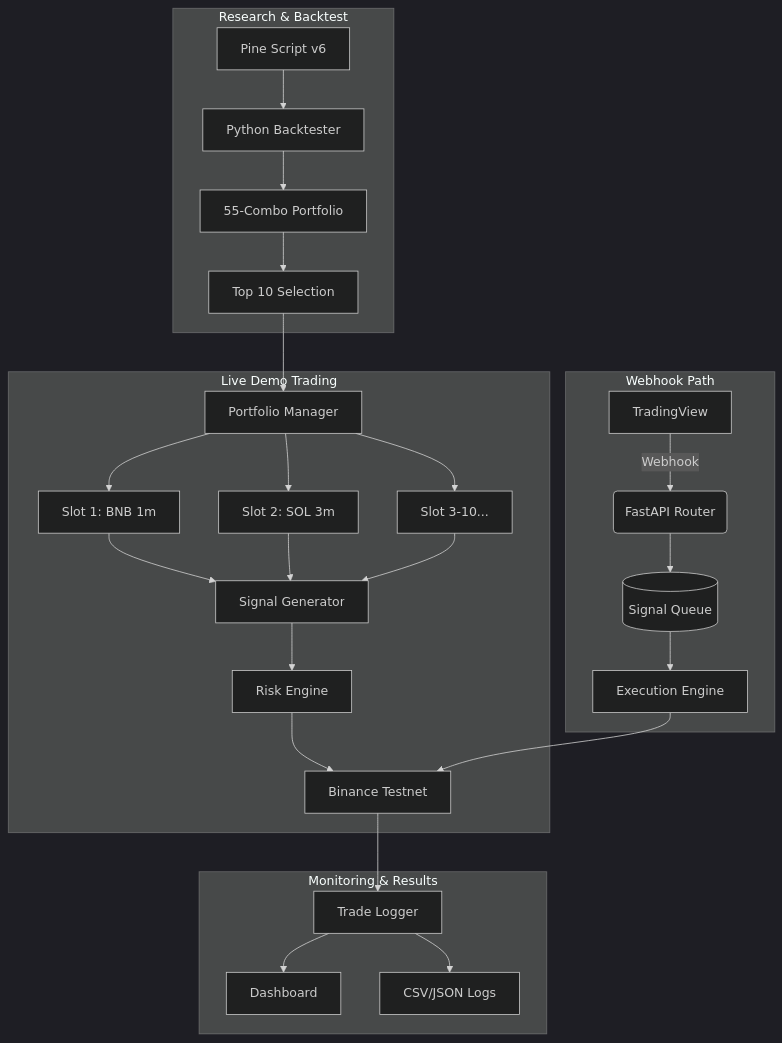
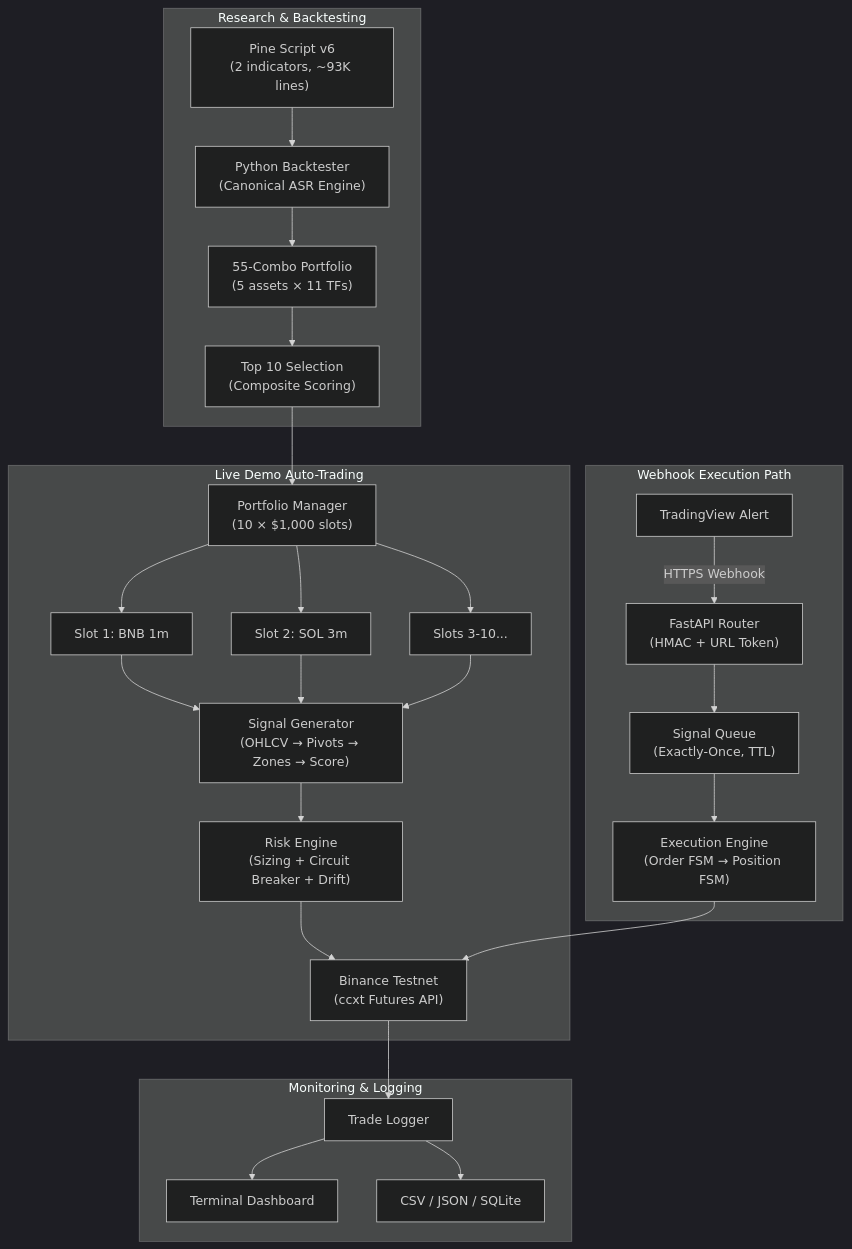
One commit to Arpan01574/ASR-Execution-Engine changed the diagram in README.md. Above: the diagram before and after it, drawn with Mermaid (dark theme). The commit also changed other lines of this file and 8 other files, not shown here.

````diff
--- a/README.md
+++ b/README.md
@@ -63,31 +66,31 @@
 ```mermaid
 flowchart TD
-    subgraph Research ["Research & Backtest"]
-        A[Pine Script v6] --> B[Python Backtester]
-        B --> C[55-Combo Portfolio]
-        C --> D[Top 10 Selection]
+    subgraph Research ["Research & Backtesting"]
+        A["Pine Script v6<br/>(2 indicators, ~93K lines)"] --> B["Python Backtester<br/>(Canonical ASR Engine)"]
+        B --> C["55-Combo Portfolio<br/>(5 assets × 11 TFs)"]
+        C --> D["Top 10 Selection<br/>(Composite Scoring)"]
     end
 
-    subgraph LiveTrading ["Live Demo Trading"]
-        D --> E[Portfolio Manager]
-        E --> F1[Slot 1: BNB 1m]
-        E --> F2[Slot 2: SOL 3m]
-        E --> F3[Slot 3-10...]
-        F1 & F2 & F3 --> G[Signal Generator]
-        G --> H[Risk Engine]
-        H --> I[Binance Testnet]
+    subgraph LiveTrading ["Live Demo Auto-Trading"]
+        D --> E["Portfolio Manager<br/>(10 × $1,000 slots)"]
+        E --> F1["Slot 1: BNB 1m"]
+        E --> F2["Slot 2: SOL 3m"]
+        E --> F3["Slots 3-10..."]
+        F1 & F2 & F3 --> G["Signal Generator<br/>(OHLCV → Pivots → Zones → Score)"]
+        G --> H["Risk Engine<br/>(Sizing + Circuit Breaker + Drift)"]
+        H --> I["Binance Testnet<br/>(ccxt Futures API)"]
     end
 
-    subgraph WebhookPath ["Webhook Path"]
-        J[TradingView] -->|Webhook| K(FastAPI Router)
-        K --> L[(Signal Queue)]
-        L --> M[Execution Engine]
+    subgraph WebhookPath ["Webhook Execution Path"]
+        J["TradingView Alert"] -->|"HTTPS Webhook"| K["FastAPI Router<br/>(HMAC + URL Token)"]
+        K --> L["Signal Queue<br/>(Exactly-Once, TTL)"]
+        L --> M["Execution Engine<br/>(Order FSM → Position FSM)"]
         M --> I
     end
 
-    subgraph Monitoring ["Monitoring & Results"]
-        I --> N[Trade Logger]
-        N --> O[Dashboard]
-        N --> P[CSV/JSON Logs]
+    subgraph Monitoring ["Monitoring & Logging"]
+        I --> N["Trade Logger"]
+        N --> O["Terminal Dashboard"]
+        N --> P["CSV / JSON / SQLite"]
     end
 ```
````
